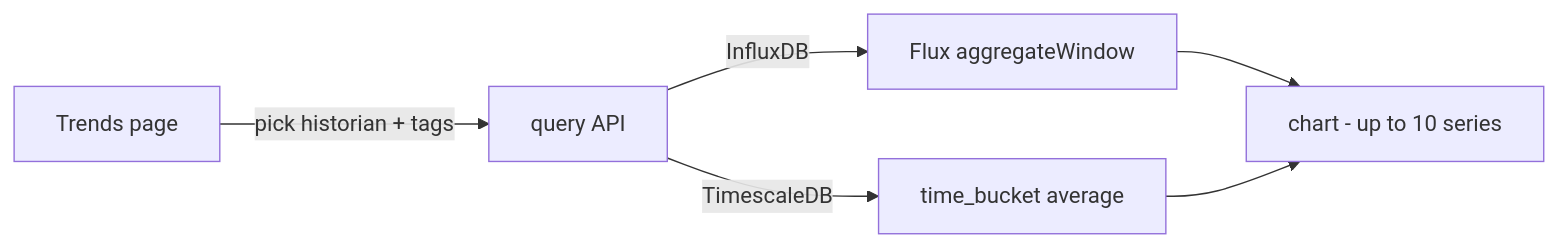
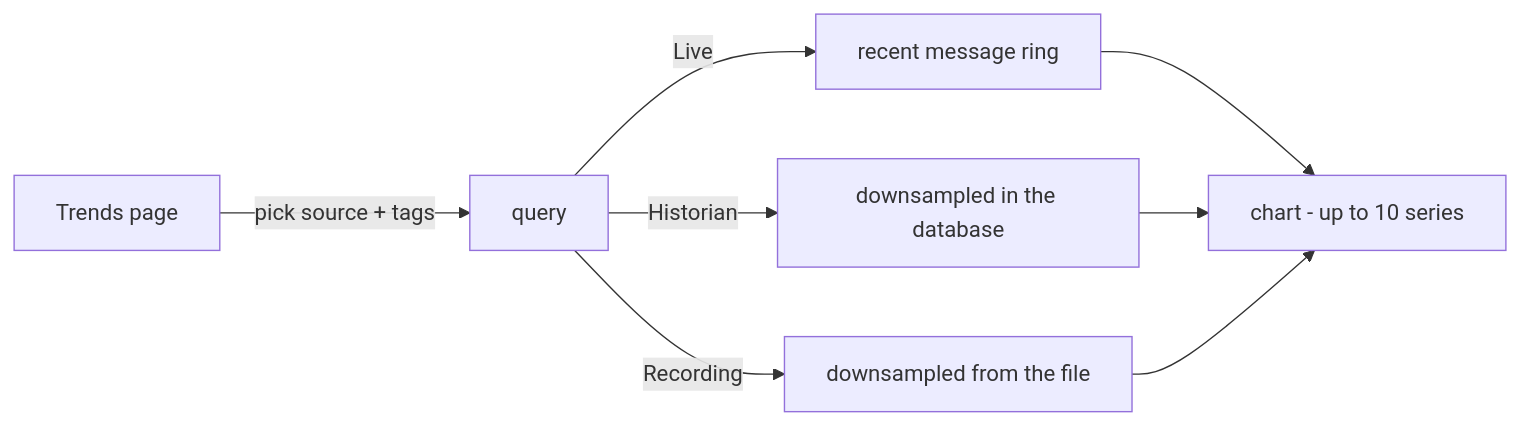
The second of 2 diagrams in docs/wiki/Historians.md (zbest1000/manifold), drawn with Mermaid before and after one commit. The commit also changed other lines of this file and 54 other files, not shown here.

First line of the commit message:
docs: refresh every document and image to the current code (new UI, mapping editor, selective mapping, Socket.IO and API tables, client architecture)

````diff
--- a/docs/wiki/Historians.md
+++ b/docs/wiki/Historians.md
@@ -149,8 +169,10 @@
 ```mermaid
 flowchart LR
-    T[Trends page] -->|pick historian + tags| Q[query API]
-    Q -->|InfluxDB| F[Flux aggregateWindow]
-    Q -->|TimescaleDB| B[time_bucket average]
-    F --> C[chart - up to 10 series]
-    B --> C
+    T[Trends page] -->|pick source + tags| Q[query]
+    Q -->|Live| R[recent message ring]
+    Q -->|Historian| H[downsampled in the database]
+    Q -->|Recording| F[downsampled from the file]
+    R --> C[chart - up to 10 series]
+    H --> C
+    F --> C
 ```
````
